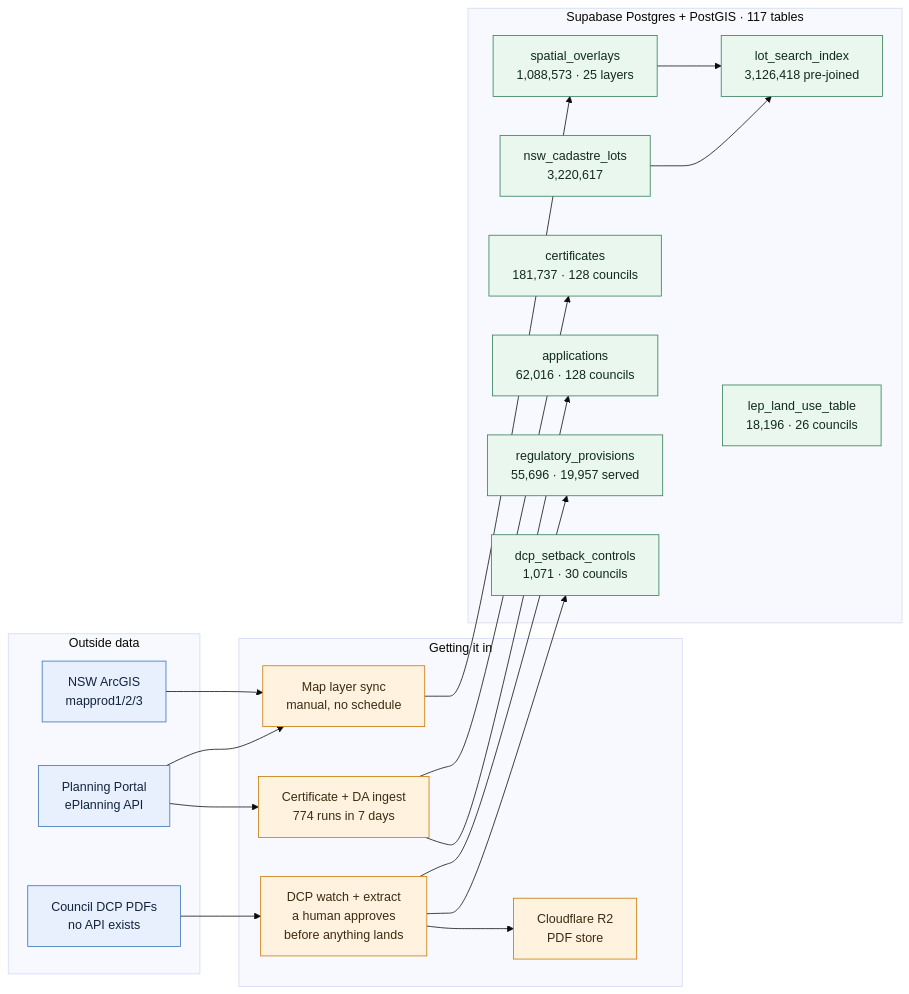
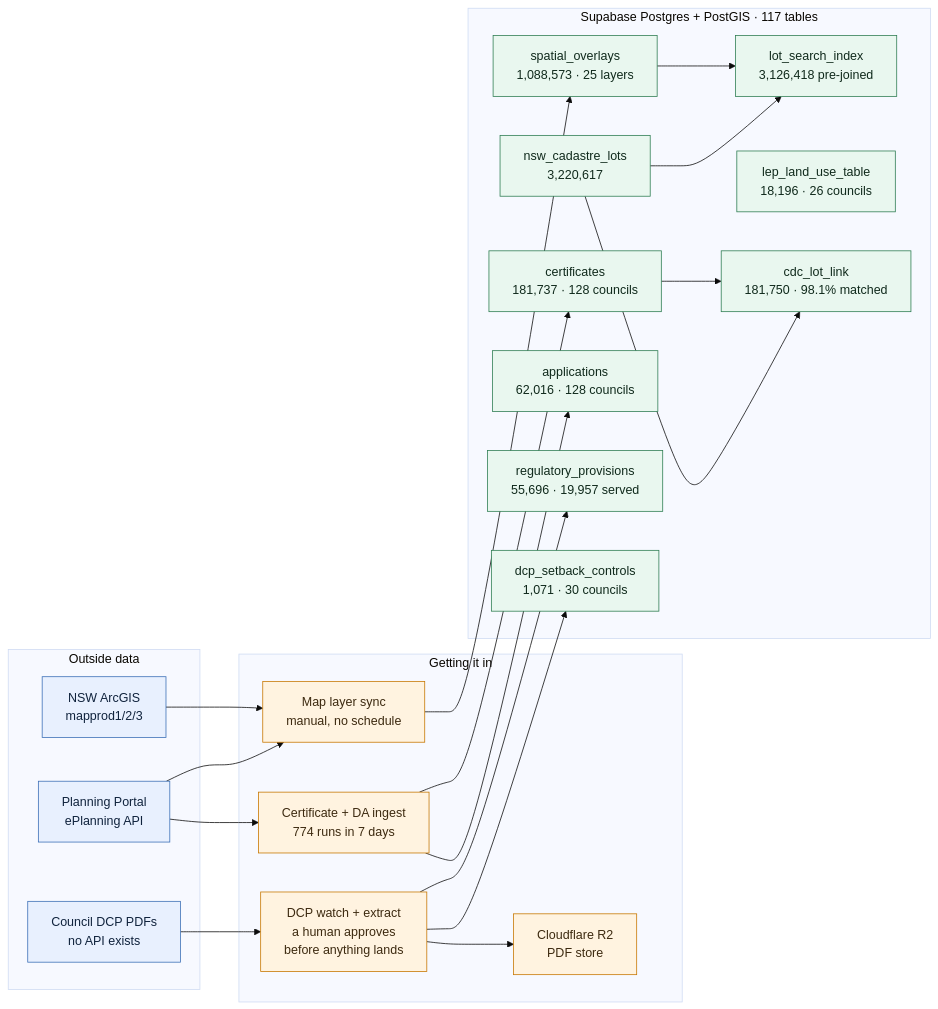
The diagram in docs/architecture/rendered/technical-1-stored.mmd (lmcdo/nswcompliance), drawn with Mermaid (base theme) before and after one commit. The commit also changed 9 other files, not shown here.

```diff
--- a/docs/architecture/rendered/technical-1-stored.mmd
+++ b/docs/architecture/rendered/technical-1-stored.mmd
@@ -1,45 +1,48 @@
 flowchart LR
   subgraph SRC["Outside data"]
     S1["Planning Portal<br/>ePlanning API"]
     S2["NSW ArcGIS<br/>mapprod1/2/3"]
     S4["Council DCP PDFs<br/>no API exists"]
   end
 
   subgraph ING["Getting it in"]
     I1["Map layer sync<br/>manual, no schedule"]
     I2["DCP watch + extract<br/>a human approves<br/>before anything lands"]
     I3["Certificate + DA ingest<br/>774 runs in 7 days"]
     I4["Cloudflare R2<br/>PDF store"]
   end
 
   subgraph DB["Supabase Postgres + PostGIS · 117 tables"]
     D1["spatial_overlays<br/>1,088,573 · 25 layers"]
     D2["nsw_cadastre_lots<br/>3,220,617"]
     D3["lot_search_index<br/>3,126,418 pre-joined"]
     D4["certificates<br/>181,737 · 128 councils"]
     D5["applications<br/>62,016 · 128 councils"]
     D6["regulatory_provisions<br/>55,696 · 19,957 served"]
     D7["dcp_setback_controls<br/>1,071 · 30 councils"]
     D8["lep_land_use_table<br/>18,196 · 26 councils"]
+    D10["cdc_lot_link<br/>181,750 · 98.1% matched"]
   end
 
   S2 --> I1
   S1 --> I1
   S4 --> I2
   S1 --> I3
   I1 --> D1
   I2 --> I4
   I2 --> D6
   I2 --> D7
   I3 --> D4
   I3 --> D5
   D1 --> D3
   D2 --> D3
+  D4 --> D10
+  D2 --> D10
   D1 ~~~ D8
 
   classDef src fill:#e8f0fe,stroke:#3b6fb6,color:#10233d
   classDef ing fill:#fff3e0,stroke:#c77700,color:#3d2a10
   classDef db fill:#e9f7ef,stroke:#2e7d52,color:#102a1c
   class S1,S2,S4 src
   class I1,I2,I3,I4 ing
-  class D1,D2,D3,D4,D5,D6,D7,D8 db
+  class D1,D2,D3,D4,D5,D6,D7,D8,D10 db
```
